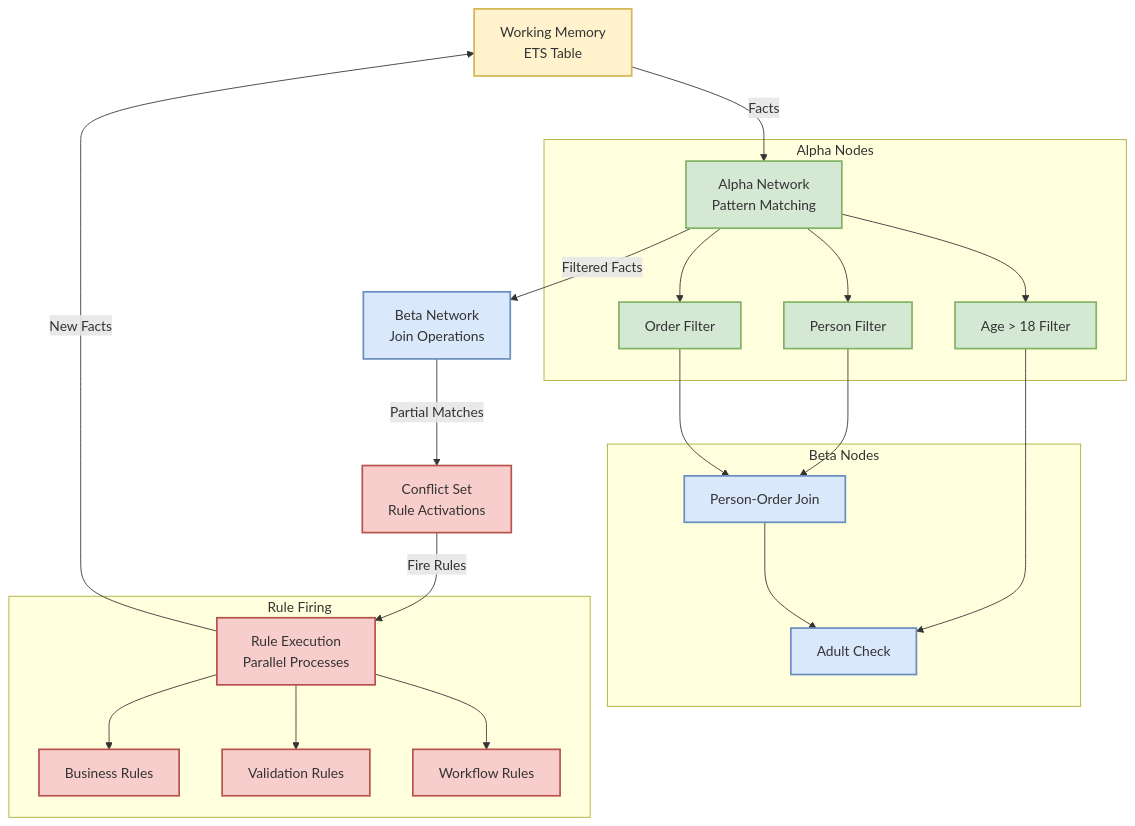
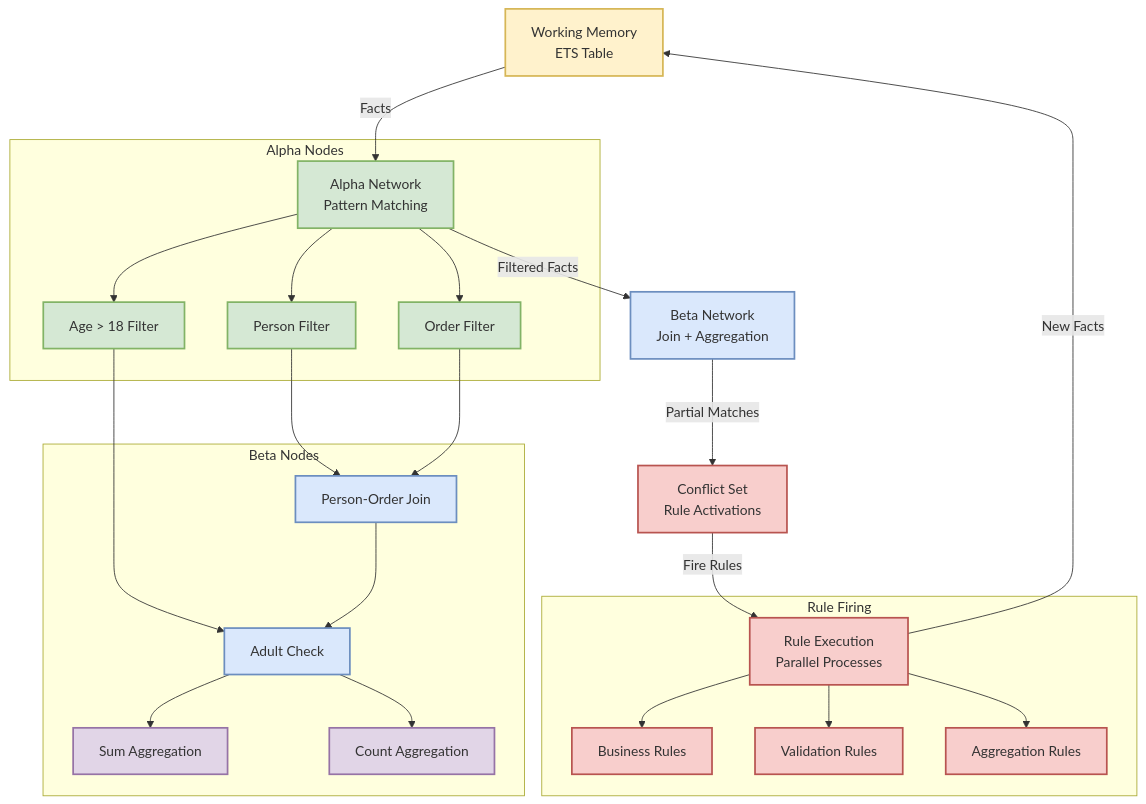
The second of 4 diagrams in specs/presto.md (hl/presto), drawn with Mermaid before and after one commit. The commit also changed other lines of this file and 11 other files, not shown here.

````diff
--- a/specs/presto.md
+++ b/specs/presto.md
@@ -67,37 +71,41 @@
 ```mermaid
 flowchart TD
     WM[Working Memory<br/>ETS Table] -->|Facts| AN[Alpha Network<br/>Pattern Matching]
-    AN -->|Filtered Facts| BN[Beta Network<br/>Join Operations]
+    AN -->|Filtered Facts| BN[Beta Network<br/>Join + Aggregation]
     BN -->|Partial Matches| CS[Conflict Set<br/>Rule Activations]
     CS -->|Fire Rules| RE[Rule Execution<br/>Parallel Processes]
     RE -->|New Facts| WM
     
     subgraph "Alpha Nodes"
         AN --> A1[Person Filter]
         AN --> A2[Order Filter]
         AN --> A3[Age > 18 Filter]
     end
     
     subgraph "Beta Nodes"
         A1 --> B1[Person-Order Join]
         A2 --> B1
         A3 --> B2[Adult Check]
         B1 --> B2
+        B2 --> AG1[Sum Aggregation]
+        B2 --> AG2[Count Aggregation]
     end
     
     subgraph "Rule Firing"
         RE --> R1[Business Rules]
         RE --> R2[Validation Rules]
-        RE --> R3[Workflow Rules]
+        RE --> R3[Aggregation Rules]
     end
     
     classDef memory fill:#fff2cc,stroke:#d6b656,stroke-width:2px
     classDef alpha fill:#d5e8d4,stroke:#82b366,stroke-width:2px
     classDef beta fill:#dae8fc,stroke:#6c8ebf,stroke-width:2px
+    classDef aggregation fill:#e1d5e7,stroke:#9673a6,stroke-width:2px
     classDef execution fill:#f8cecc,stroke:#b85450,stroke-width:2px
     
     class WM memory
     class AN,A1,A2,A3 alpha
     class BN,B1,B2 beta
+    class AG1,AG2 aggregation
     class CS,RE,R1,R2,R3 execution
 ```
````
